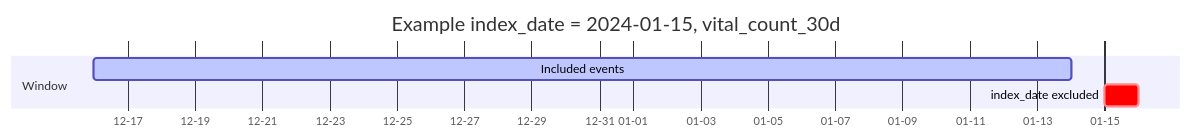
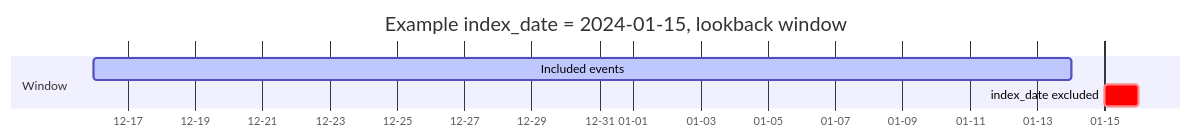
Before and after one commit to leonardommarques/tricura_test: the second of 2 diagrams in docs/FEATURES.md, drawn with Mermaid. The commit also changed other lines of this file and 3 other files, not shown here.

````diff
--- a/docs/FEATURES.md
+++ b/docs/FEATURES.md
@@ -164,9 +162,9 @@
 ```mermaid
 gantt
-    title Example index_date = 2024-01-15, vital_count_30d
+    title Example index_date = 2024-01-15, lookback window
     dateFormat YYYY-MM-DD
     axisFormat %m-%d
     section Window
     Included events     :active, 2023-12-16, 2024-01-14
     index_date excluded :crit, 2024-01-15, 1d
 ```
````
